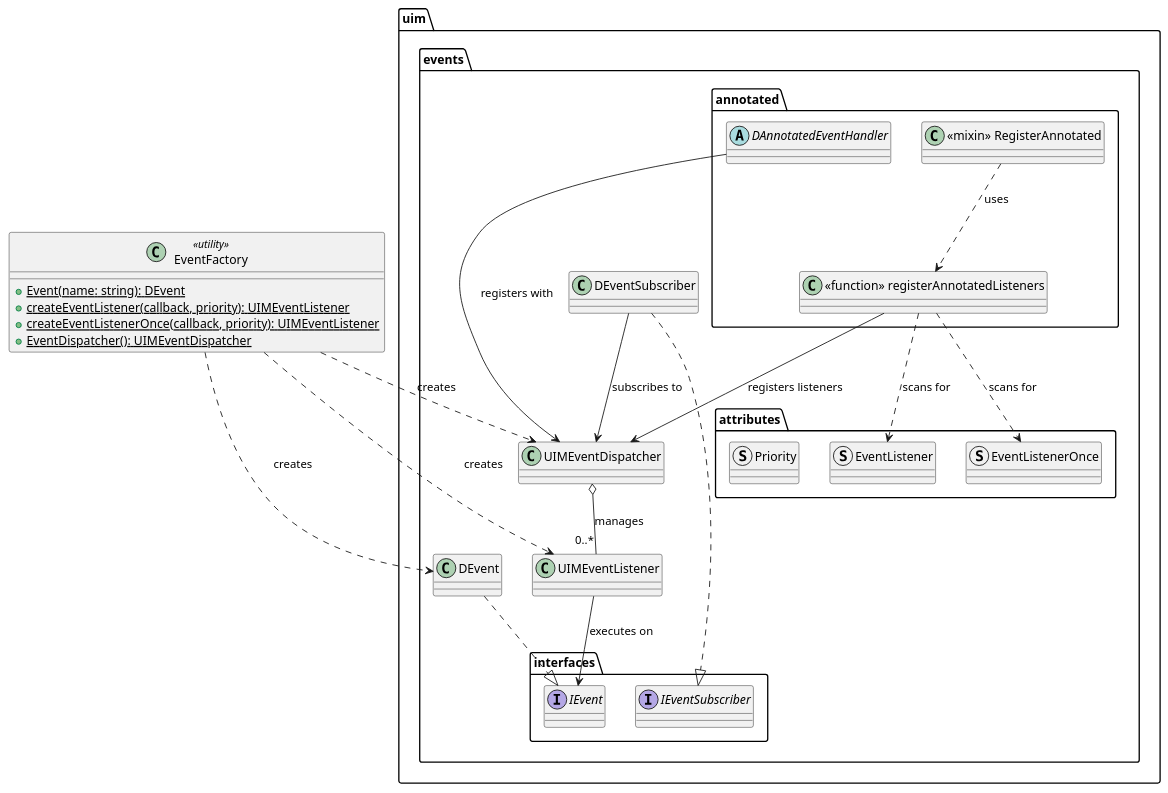
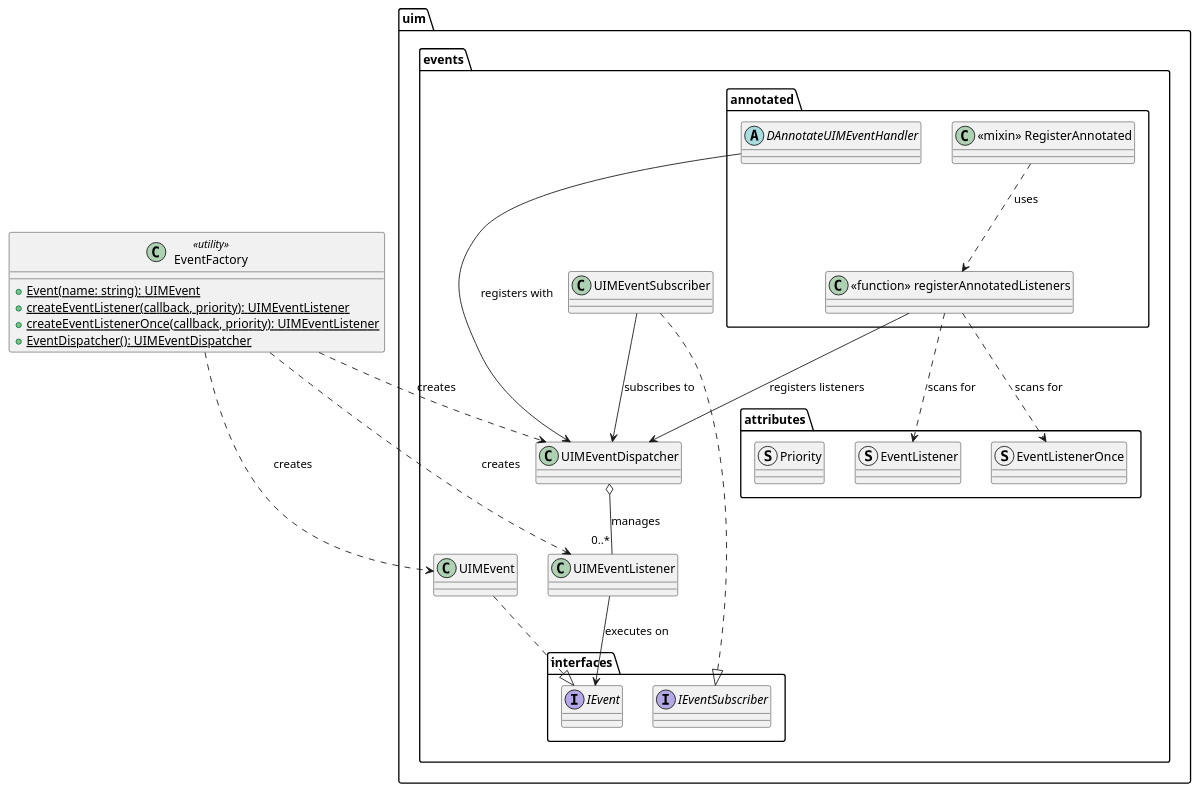
One commit to UIMSolutions/uim-framework changed the tenth of 12 diagrams in events/UML.md. Above: the diagram before and after it, drawn with PlantUML. The commit also changed other lines of this file and 21 other files, not shown here.

First line of the commit message:
Refactor event system to use UIMEvent and related interfaces

````diff
--- a/events/UML.md
+++ b/events/UML.md
@@ -414,57 +414,57 @@
 ```plantuml
 @startuml Events_Complete_Architecture
 
 package "uim.events.interfaces" {
   interface IEvent
   interface IEventSubscriber
 }
 
 package "uim.events" {
-  class DEvent
+  class UIMEvent
   class UIMEventListener
   class UIMEventDispatcher
-  class DEventSubscriber
+  class UIMEventSubscriber
 }
 
 package "uim.events.attributes" {
   struct EventListener
   struct EventListenerOnce
   struct Priority
 }
 
 package "uim.events.annotated" {
-  abstract class DAnnotatedEventHandler
+  abstract class DAnnotateUIMEventHandler
   class "<<mixin>> RegisterAnnotated" as RegisterAnnotated
   class "<<function>> registerAnnotatedListeners" as RegFunc
 }
 
 ' Implementations
-DEvent ..|> IEvent
-DEventSubscriber ..|> IEventSubscriber
+UIMEvent ..|> IEvent
+UIMEventSubscriber ..|> IEventSubscriber
 
 ' Relationships
 UIMEventDispatcher o-- "0..*" UIMEventListener : manages
 UIMEventListener --> IEvent : executes on
-DEventSubscriber --> UIMEventDispatcher : subscribes to
+UIMEventSubscriber --> UIMEventDispatcher : subscribes to
 
 ' Annotations
-DAnnotatedEventHandler --> UIMEventDispatcher : registers with
+DAnnotateUIMEventHandler --> UIMEventDispatcher : registers with
 RegisterAnnotated ..> RegFunc : uses
 RegFunc ..> EventListener : scans for
 RegFunc ..> EventListenerOnce : scans for
 RegFunc --> UIMEventDispatcher : registers listeners
 
 ' Factory functions
 class EventFactory <<utility>> {
-  + {static} Event(name: string): DEvent
+  + {static} Event(name: string): UIMEvent
   + {static} createEventListener(callback, priority): UIMEventListener
   + {static} createEventListenerOnce(callback, priority): UIMEventListener
   + {static} EventDispatcher(): UIMEventDispatcher
 }
 
-EventFactory ..> DEvent : creates
+EventFactory ..> UIMEvent : creates
 EventFactory ..> UIMEventListener : creates
 EventFactory ..> UIMEventDispatcher : creates
 
 @enduml
 ```
````
